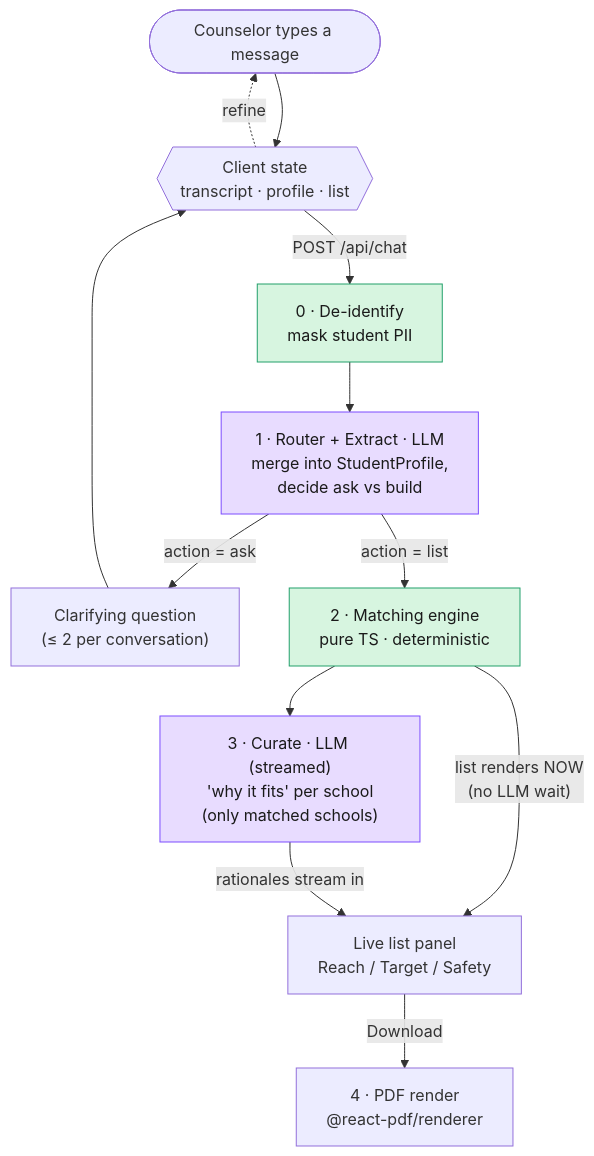
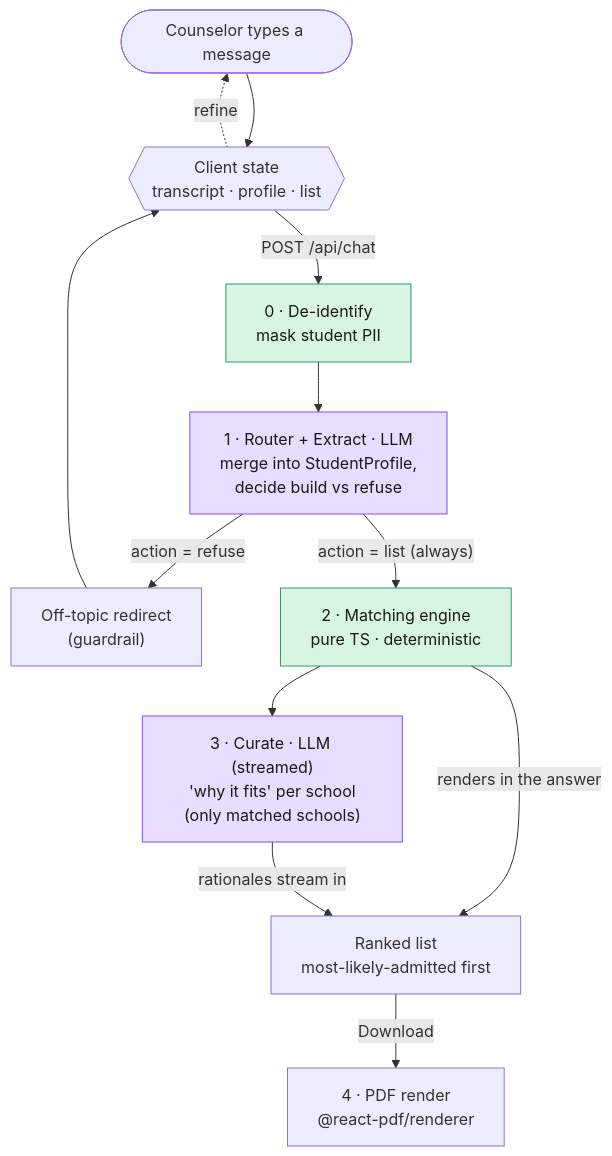
One commit to syldysnya/college-list-builder changed the first of 3 diagrams in docs/architecture.md. Above: the diagram before and after it, drawn with Mermaid. The commit also changed other lines of this file and 24 other files, not shown here.

````diff
--- a/docs/architecture.md
+++ b/docs/architecture.md
@@ -13,20 +13,20 @@
 ```mermaid
 flowchart TD
     U([Counselor types a message]) --> C{{"Client state<br/>transcript · profile · list"}}
     C -->|"POST /api/chat"| D["0 · De-identify<br/>mask student PII"]
-    D --> R["1 · Router + Extract · LLM<br/>merge into StudentProfile,<br/>decide ask vs build"]
-    R -->|"action = ask"| Q["Clarifying question<br/>(≤ 2 per conversation)"]
+    D --> R["1 · Router + Extract · LLM<br/>merge into StudentProfile,<br/>decide build vs refuse"]
+    R -->|"action = refuse"| Q["Off-topic redirect<br/>(guardrail)"]
     Q --> C
-    R -->|"action = list"| M["2 · Matching engine<br/>pure TS · deterministic"]
-    M -->|"list renders NOW<br/>(no LLM wait)"| P["Live list panel<br/>Reach / Target / Safety"]
+    R -->|"action = list (always)"| M["2 · Matching engine<br/>pure TS · deterministic"]
+    M -->|"renders in the answer"| P["Ranked list<br/>most-likely-admitted first"]
     M --> CU["3 · Curate · LLM (streamed)<br/>'why it fits' per school<br/>(only matched schools)"]
     CU -->|"rationales stream in"| P
     P -->|"Download"| PDF["4 · PDF render<br/>@react-pdf/renderer"]
 
     C -.refine.-> U
 
     classDef llm fill:#e8dcff,stroke:#7c4dff,color:#1a1a1a;
     classDef pure fill:#d7f5e0,stroke:#22a06b,color:#1a1a1a;
     class R,CU llm;
     class M,D pure;
 ```
````
